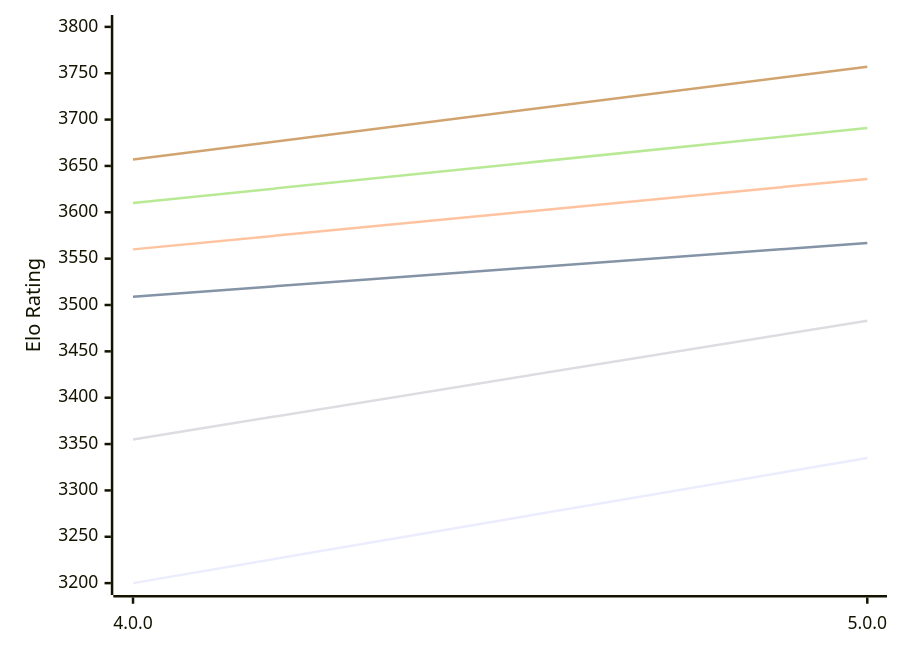
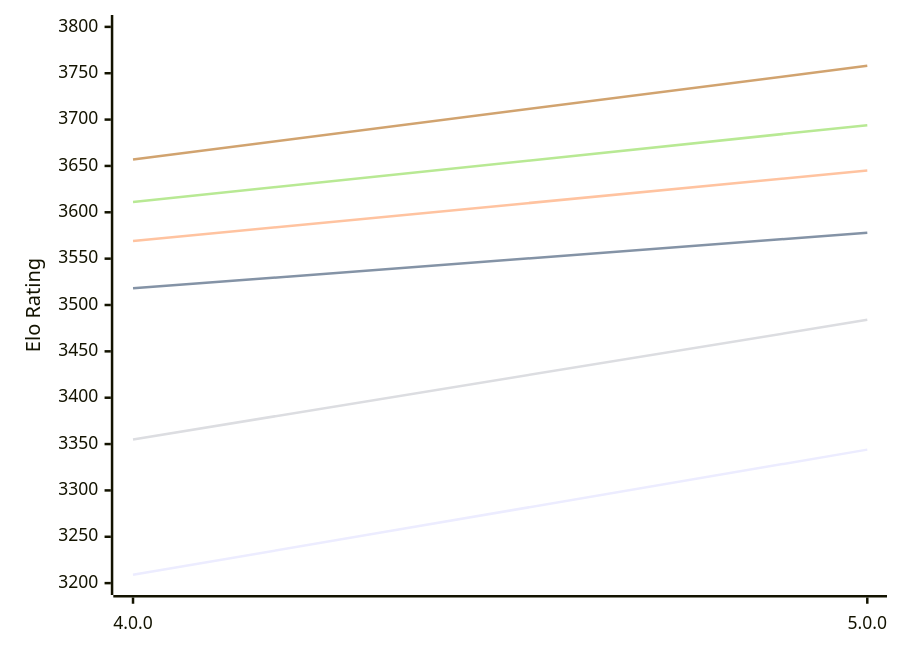
Before and after one commit to computer-chess-index/cci: the first of 2 diagrams in engines/Avalanche.md, drawn with Mermaid. The commit also changed other lines of this file, not shown here.

Commit message:
Update CCI Ratings (ELO VLTC) - 2026-11-07

````diff
--- a/engines/Avalanche.md
+++ b/engines/Avalanche.md
@@ -50,12 +50,12 @@
 ```mermaid
 %%{init: {"theme":"base","themeVariables":{"seriesColors:['#a3a3a3','#222221','#faa371']}}}%%
 xychart-beta
   x-axis ["4.0.0", "5.0.0"]
   y-axis "Elo Rating" 3200 --> 3800
-  line "E1: STC (8.0+0.08s)" [3200, 3335]
-  line "E1: LTC (60.0+0.60s)" [3509, 3567]
-  line "E1: VLTC (2m24s+1.12s)" [3560, 3636]
-  line "P1: STC (8.0+0.08s)" [3355, 3483]
-  line "P1: LTC (60.0+0.60s)" [3610, 3691]
-  line "P1: VLTC (2m24s+1.12s)" [3657, 3757]
+  line "E1: STC (8.0+0.08s)" [3209, 3344]
+  line "E1: LTC (60.0+0.60s)" [3518, 3578]
+  line "E1: VLTC (2m24s+1.12s)" [3569, 3645]
+  line "P1: STC (8.0+0.08s)" [3355, 3484]
+  line "P1: LTC (60.0+0.60s)" [3611, 3694]
+  line "P1: VLTC (2m24s+1.12s)" [3657, 3758]
 ```
````
